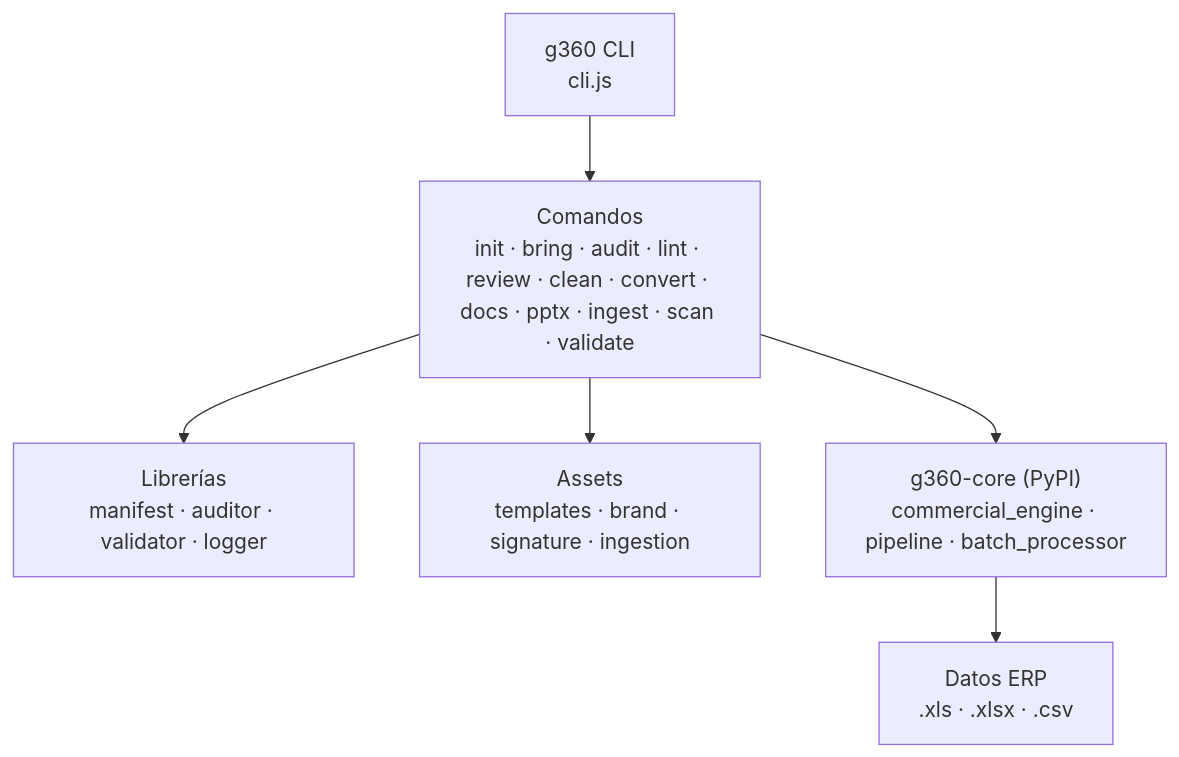
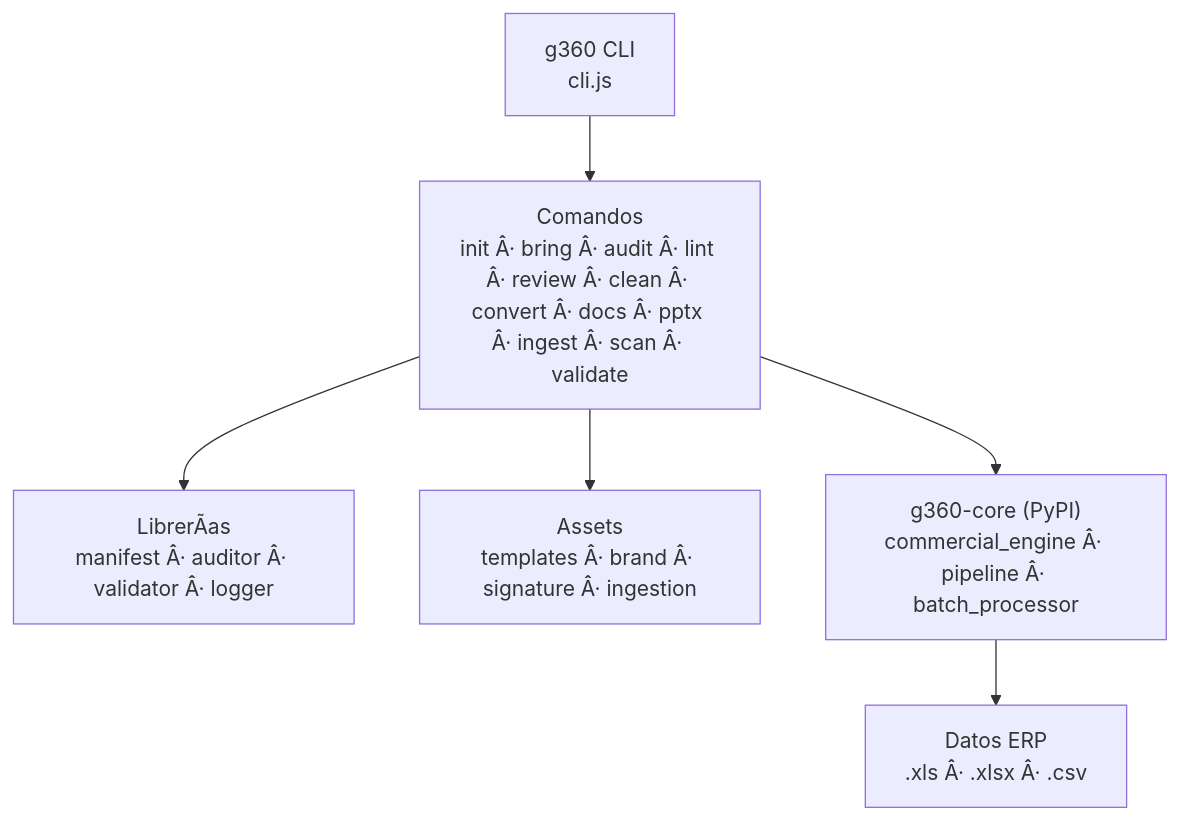
The diagram in README.md (carloscus/g360-cli), drawn with Mermaid before and after one commit. The commit also changed other lines of this file and 14 other files, not shown here.

````diff
--- a/README.md
+++ b/README.md
@@ -16,15 +16,15 @@
 ```mermaid
 flowchart TD
     CLI["g360 CLI<br/>cli.js"]
-    CMD["Comandos<br/>init · bring · audit · lint · review · clean · convert · docs · pptx · ingest · scan · validate"]
-    LIB["Librerías<br/>manifest · auditor · validator · logger"]
-    ASSETS["Assets<br/>templates · brand · signature · ingestion"]
-    PY["g360-core (PyPI)<br/>commercial_engine · pipeline · batch_processor"]
-    ERP["Datos ERP<br/>.xls · .xlsx · .csv"]
+    CMD["Comandos<br/>init Â· bring Â· audit Â· lint Â· review Â· clean Â· convert Â· docs Â· pptx Â· ingest Â· scan Â· validate"]
+    LIB["LibrerÃ­as<br/>manifest Â· auditor Â· validator Â· logger"]
+    ASSETS["Assets<br/>templates Â· brand Â· signature Â· ingestion"]
+    PY["g360-core (PyPI)<br/>commercial_engine Â· pipeline Â· batch_processor"]
+    ERP["Datos ERP<br/>.xls Â· .xlsx Â· .csv"]
 
     CLI --> CMD
     CMD --> LIB
     CMD --> ASSETS
     CMD --> PY
     PY --> ERP
 ```
````
